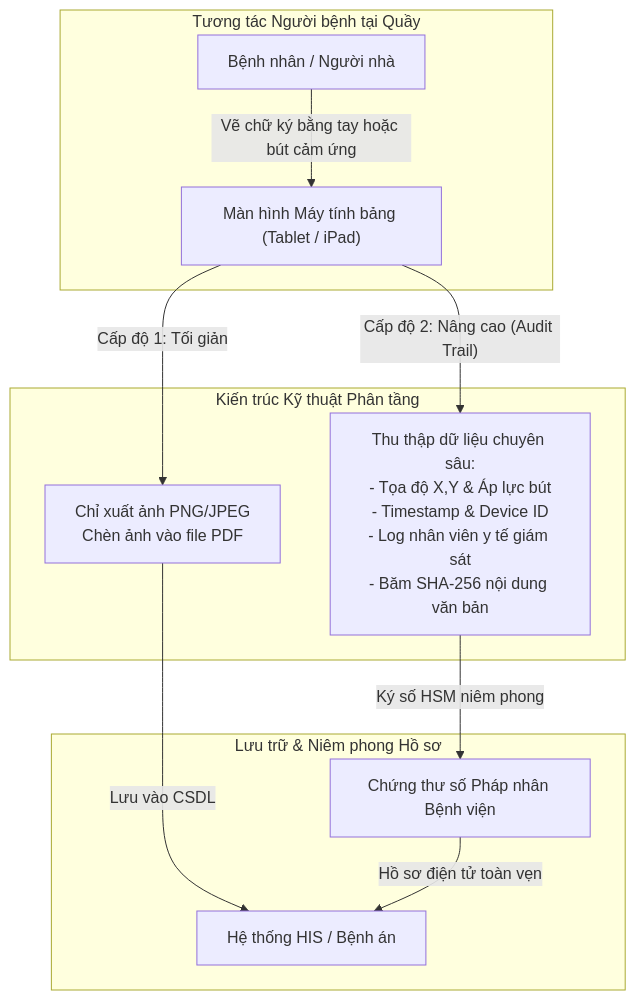
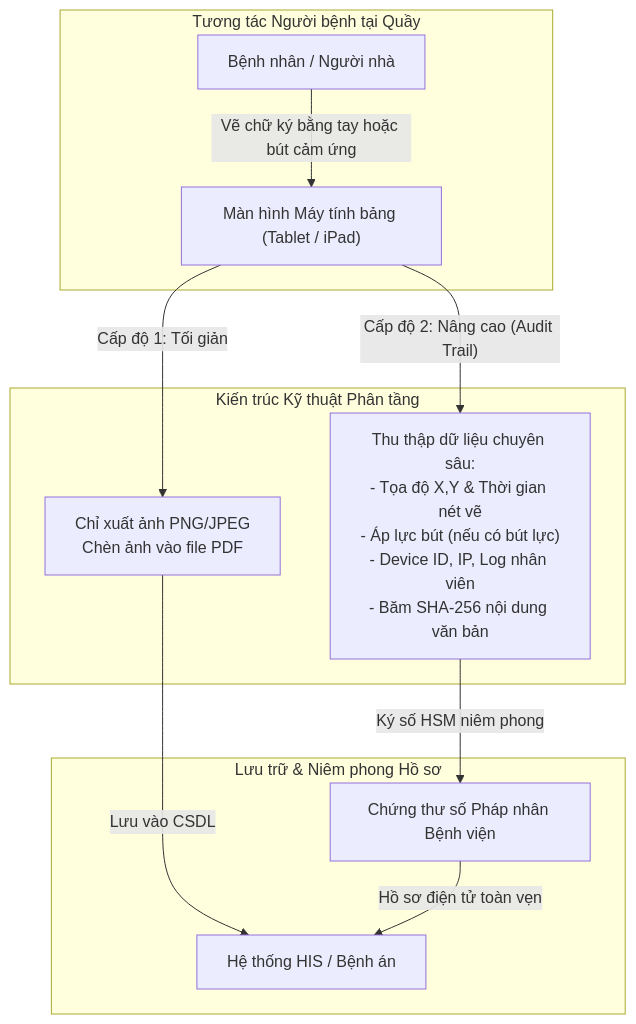
The diagram in competitors/07-ky-tay-tablet.md (leanhdung3105/DoiThu), drawn with Mermaid before and after one commit. The commit also changed other lines of this file and 12 other files, not shown here.

````diff
--- a/competitors/07-ky-tay-tablet.md
+++ b/competitors/07-ky-tay-tablet.md
@@ -30,17 +31,17 @@
 ```mermaid
 flowchart TD
     subgraph "Tương tác Người bệnh tại Quầy"
         BN["Bệnh nhân / Người nhà"] -->|"Vẽ chữ ký bằng tay hoặc bút cảm ứng"| TAB["Màn hình Máy tính bảng (Tablet / iPad)"]
     end
 
     subgraph "Kiến trúc Kỹ thuật Phân tầng"
         TAB -->|"Cấp độ 1: Tối giản"| LV1["Chỉ xuất ảnh PNG/JPEG<br/>Chèn ảnh vào file PDF"]
-        TAB -->|"Cấp độ 2: Nâng cao (Audit Trail)"| LV2["Thu thập dữ liệu chuyên sâu:<br/>- Tọa độ X,Y & Áp lực bút<br/>- Timestamp & Device ID<br/>- Log nhân viên y tế giám sát<br/>- Băm SHA-256 nội dung văn bản"]
+        TAB -->|"Cấp độ 2: Nâng cao (Audit Trail)"| LV2["Thu thập dữ liệu chuyên sâu:<br/>- Tọa độ X,Y & Thời gian nét vẽ<br/>- Áp lực bút (nếu có bút lực)<br/>- Device ID, IP, Log nhân viên<br/>- Băm SHA-256 nội dung văn bản"]
     end
 
     subgraph "Lưu trữ & Niêm phong Hồ sơ"
         LV1 -->|"Lưu vào CSDL"| DB["Hệ thống HIS / Bệnh án"]
         LV2 -->|"Ký số HSM niêm phong"| HSM["Chứng thư số Pháp nhân Bệnh viện"]
         HSM -->|"Hồ sơ điện tử toàn vẹn"| DB
     end
 ```
````
